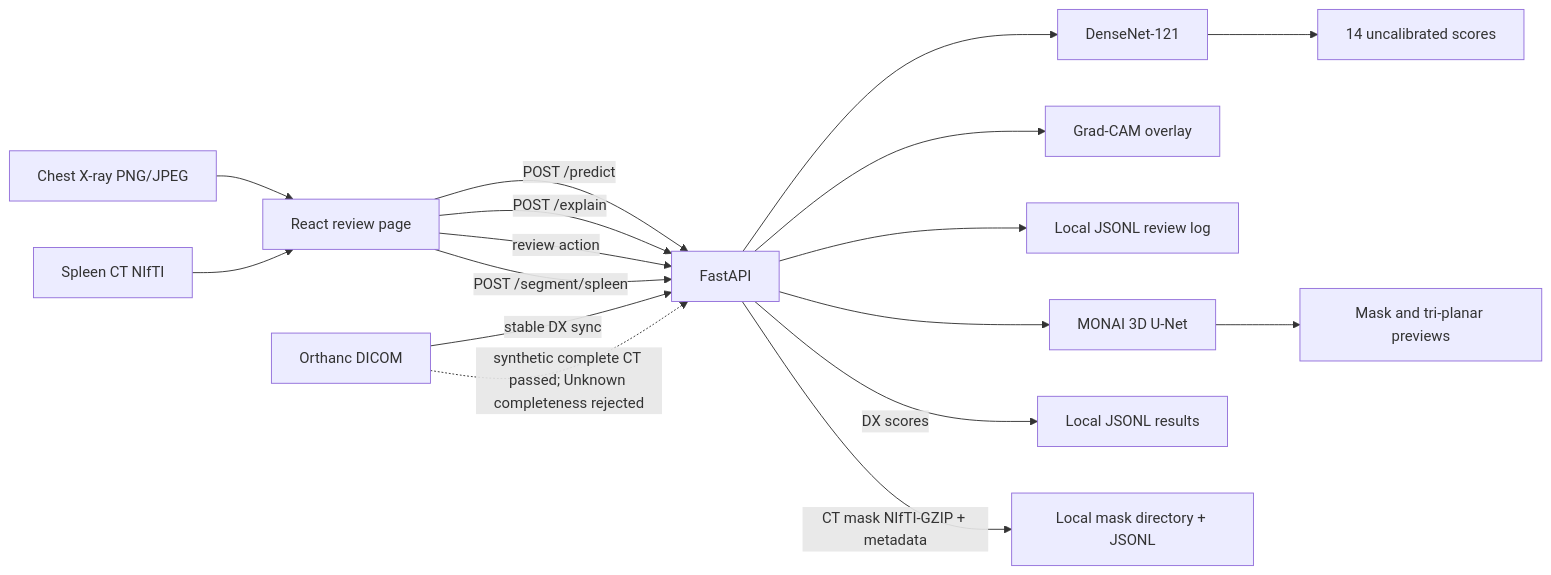
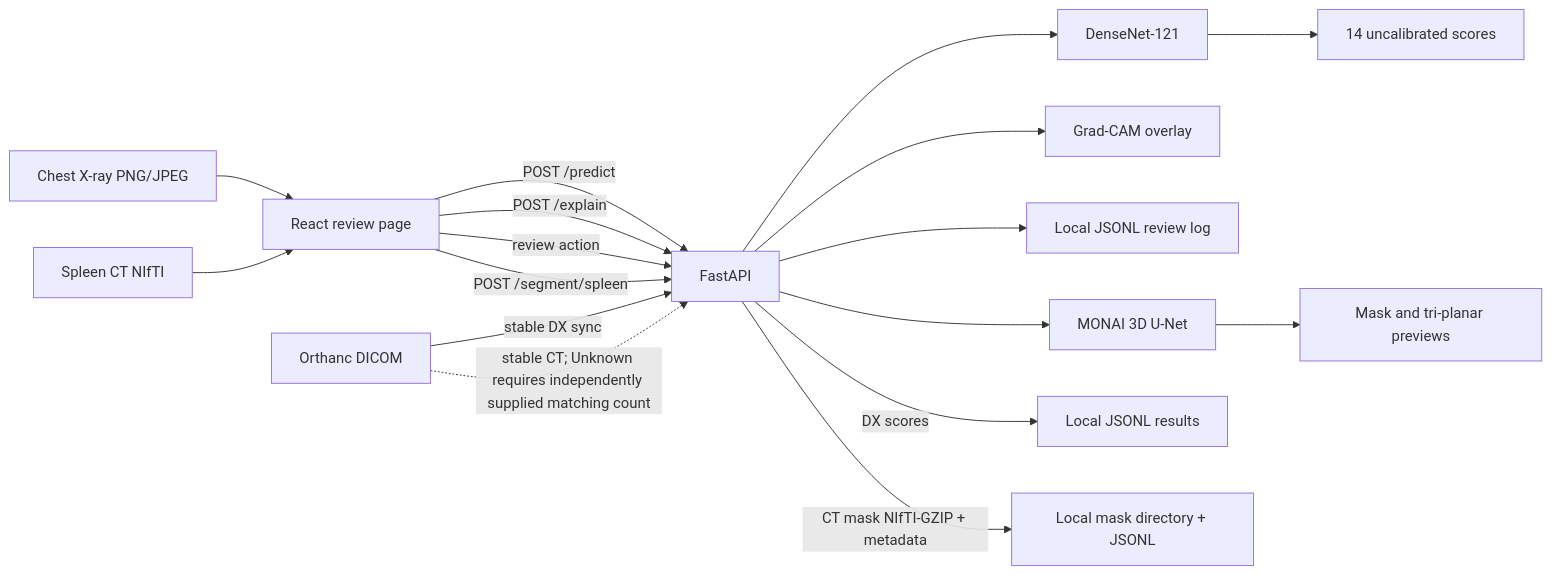
The diagram in docs/architecture.md (ram15x/nexvia-aiml-02-medical-imaging), drawn with Mermaid before and after one commit. The commit also changed other lines of this file and 12 other files, not shown here.

````diff
--- a/docs/architecture.md
+++ b/docs/architecture.md
@@ -7,19 +7,19 @@
 ```mermaid
 flowchart LR
   X[Chest X-ray PNG/JPEG] --> UI[React review page]
   UI -->|POST /predict| API[FastAPI]
   API --> CX[DenseNet-121]
   CX --> S[14 uncalibrated scores]
   UI -->|POST /explain| API
   API --> G[Grad-CAM overlay]
   UI -->|review action| API
   API --> J[Local JSONL review log]
   N[Spleen CT NIfTI] --> UI
   UI -->|POST /segment/spleen| API
   API --> SU[MONAI 3D U-Net]
   SU --> M[Mask and tri-planar previews]
   O[Orthanc DICOM] -->|stable DX sync| API
   API -->|DX scores| R[Local JSONL results]
-  O -. synthetic complete CT passed; Unknown completeness rejected .-> API
+  O -. stable CT; Unknown requires independently supplied matching count .-> API
   API -->|CT mask NIfTI-GZIP + metadata| SR[Local mask directory + JSONL]
 ```
````
